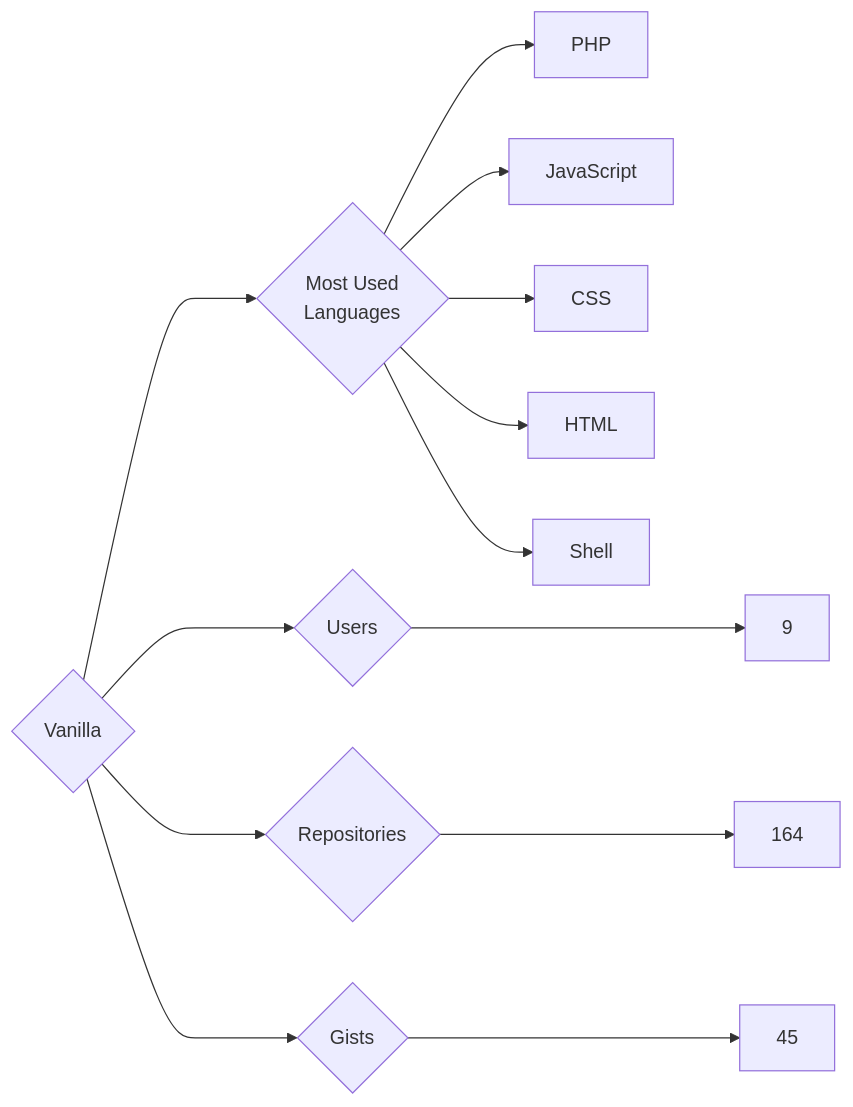
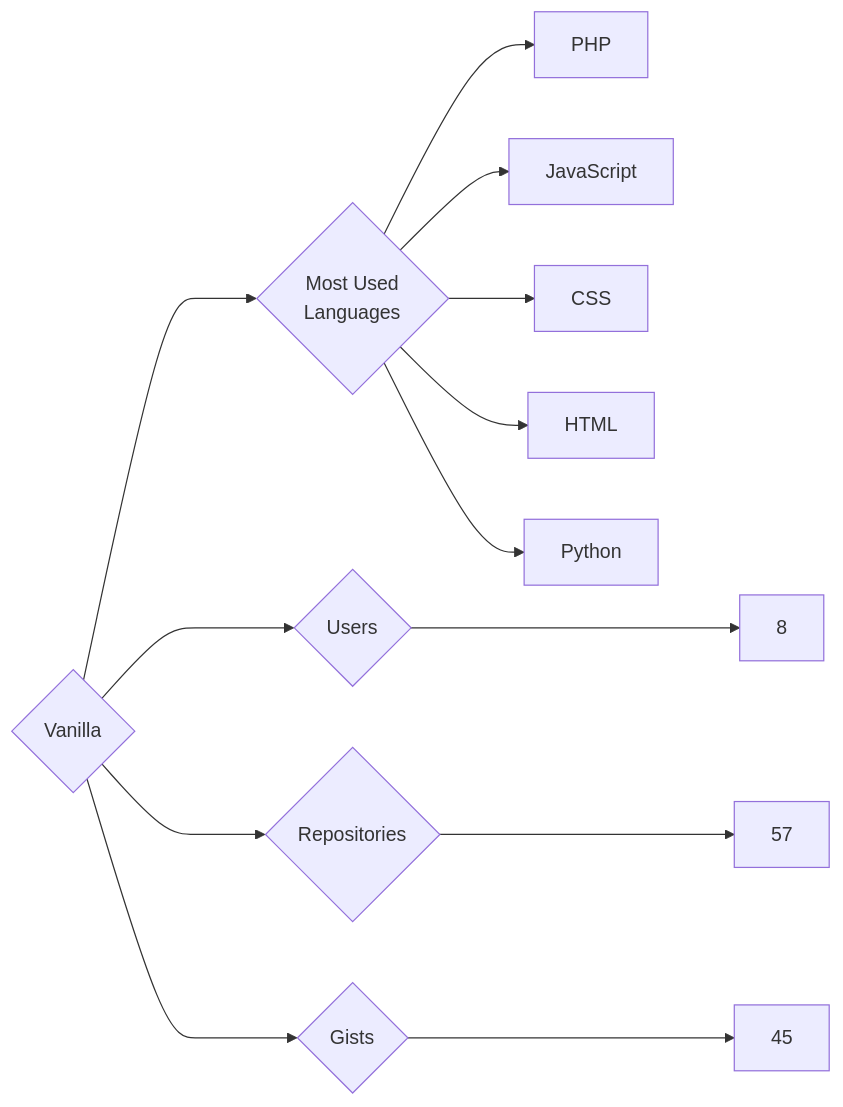
Before and after one commit to trickest/insiders: the diagram in targets/Vanilla/README.md, drawn with Mermaid. The commit also changed 948 other files, not shown here.

````diff
--- a/targets/Vanilla/README.md
+++ b/targets/Vanilla/README.md
@@ -3,13 +3,13 @@
 ```mermaid
 graph LR
 COMPANY_NAME{Vanilla}
-COMPANY_NAME ---> U{Users} ---> UN[9]
-COMPANY_NAME ---> R{Repositories} ---> RN[164]
+COMPANY_NAME ---> U{Users} ---> UN[8]
+COMPANY_NAME ---> R{Repositories} ---> RN[57]
 COMPANY_NAME ---> G{Gists} ---> GN[45]
 COMPANY_NAME ---> ML{Most Used<br>Languages}
 ML --> PHP[PHP]
 ML --> JavaScript[JavaScript]
 ML --> CSS[CSS]
 ML --> HTML[HTML]
-ML --> Shell[Shell]
+ML --> Python[Python]
 ```
````
